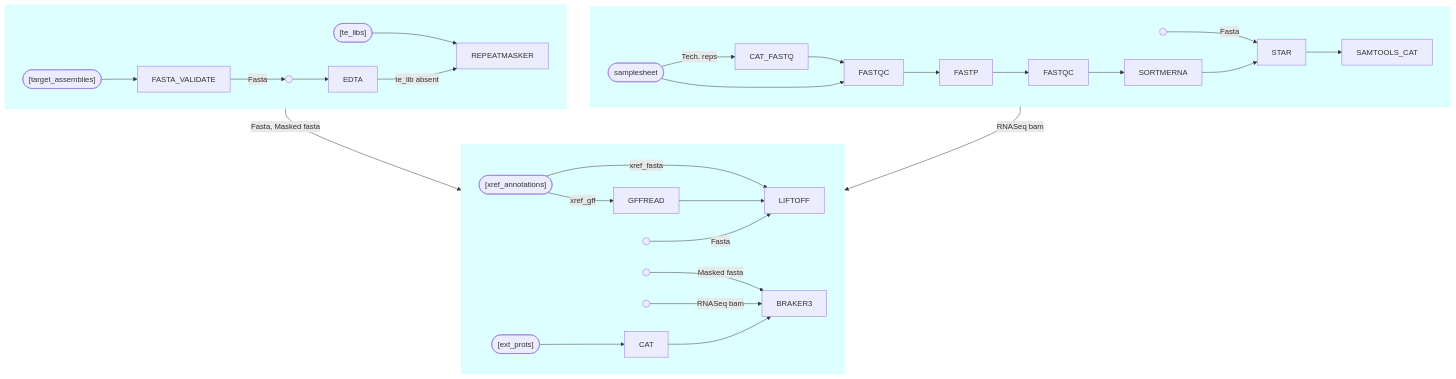
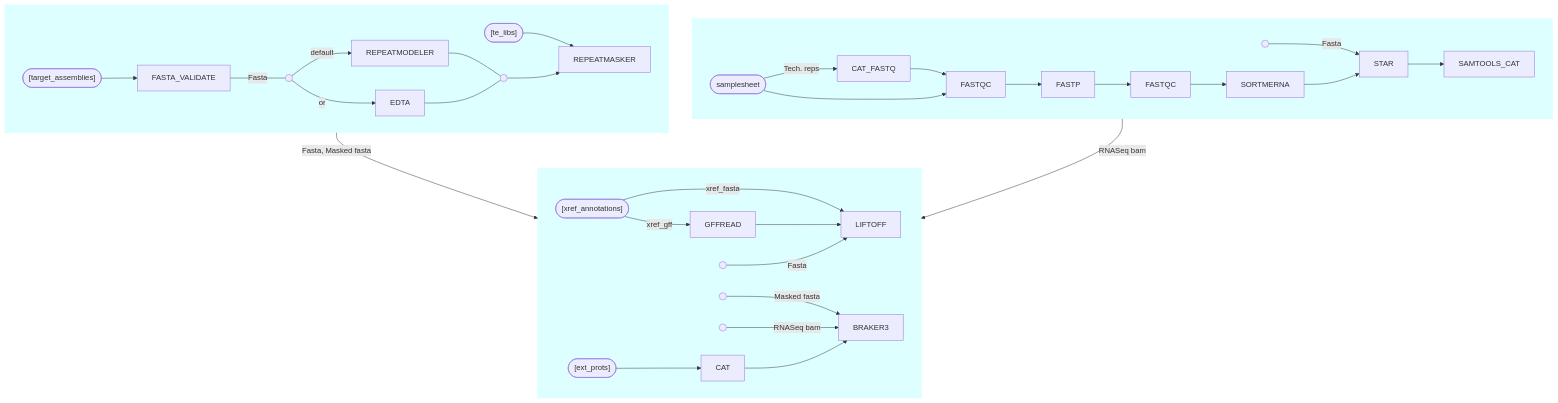
The diagram in README.md (rosscrowhurst/genepal), drawn with Mermaid before and after one commit. The commit also changed 18 other files, not shown here.

Commit message:
Now using repeatmodeler by default

````diff
--- a/README.md
+++ b/README.md
@@ -7,72 +7,77 @@
 ```mermaid
 flowchart TD
     subgraph PrepareAssembly [ ]
     TARGET_ASSEMBLIES
     TE_LIBRARIES
     FASTA_VALIDATE
     fasta_file_from_fasta_validate
     EDTA
+    REPEATMODELER
+    te_lib_absent_node
     REPEATMASKER
     end
 
     TARGET_ASSEMBLIES(["[target_assemblies]"])
     TE_LIBRARIES(["[te_libs]"])
     TARGET_ASSEMBLIES --> FASTA_VALIDATE
-    FASTA_VALIDATE --> |Fasta|fasta_file_from_fasta_validate(( ))
-    fasta_file_from_fasta_validate --> EDTA
+    FASTA_VALIDATE --- |Fasta|fasta_file_from_fasta_validate(( ))
+    fasta_file_from_fasta_validate --> |or|EDTA
+    fasta_file_from_fasta_validate --> |default|REPEATMODELER
+    REPEATMODELER --- te_lib_absent_node(( ))
+    EDTA --- te_lib_absent_node
     TE_LIBRARIES --> REPEATMASKER
-    EDTA --> |te_lib absent|REPEATMASKER
+    te_lib_absent_node --> REPEATMASKER
 
     subgraph Samplesheet [ ]
     SAMPLESHEET
     CAT_FASTQ
     FASTQC
     FASTP
     FASTP_FASTQC
     SORTMERNA
     fasta_file_for_star
     STAR
     SAMTOOLS_CAT
     end
 
     SAMPLESHEET([samplesheet])
     SAMPLESHEET --> |Tech. reps|CAT_FASTQ
     CAT_FASTQ --> FASTQC
     SAMPLESHEET --> FASTQC
     FASTQC --> FASTP
     FASTP --> FASTP_FASTQC[FASTQC]
     FASTP_FASTQC --> SORTMERNA
     fasta_file_for_star(( ))
     fasta_file_for_star --> |Fasta|STAR
     SORTMERNA --> STAR
     STAR --> SAMTOOLS_CAT
 
     subgraph Annotation [ ]
     anno_fasta(( ))
     anno_masked_fasta(( ))
     anno_bam(( ))
     EXTERNAL_PROTEIN_SEQS(["[ext_prots]"])
     XREF_ANNOTATIONS(["[xref_annotations]"])
     CAT
     BRAKER3
     GFFREAD
     LIFTOFF
     end
 
     PrepareAssembly --> |Fasta, Masked fasta|Annotation
     Samplesheet --> |RNASeq bam|Annotation
 
     XREF_ANNOTATIONS --> |xref_gff|GFFREAD
     XREF_ANNOTATIONS --> |xref_fasta|LIFTOFF
     GFFREAD --> LIFTOFF
     anno_fasta --> |Fasta|LIFTOFF
 
     EXTERNAL_PROTEIN_SEQS --> CAT
     anno_masked_fasta --> |Masked fasta|BRAKER3
     anno_bam --> |RNASeq bam|BRAKER3
     CAT --> BRAKER3
 
     style Samplesheet fill:#00FFFF21,stroke:#00FFFF21
     style PrepareAssembly fill:#00FFFF21,stroke:#00FFFF21
     style Annotation fill:#00FFFF21,stroke:#00FFFF21
 ```
````
